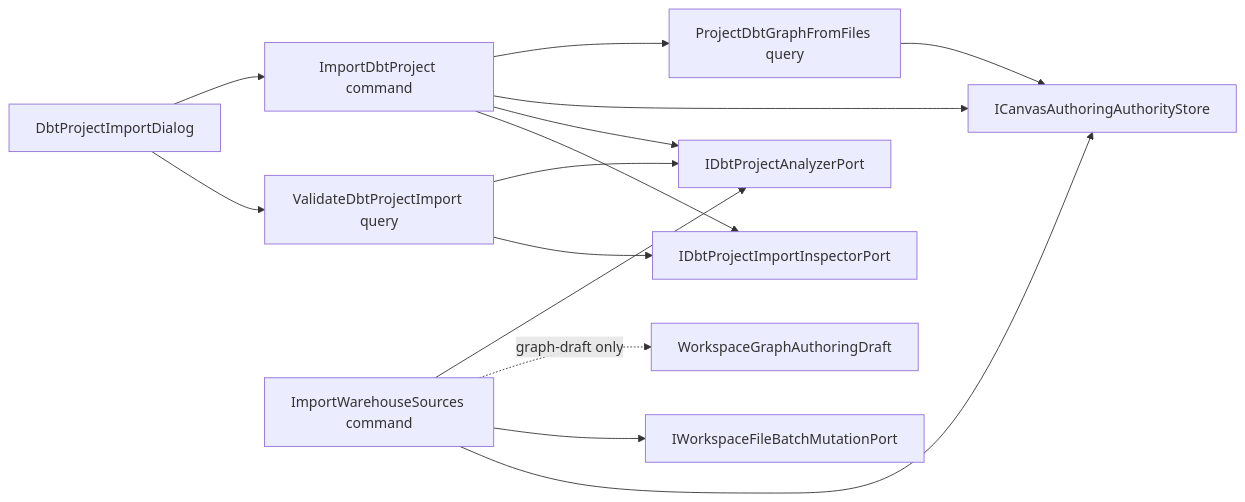
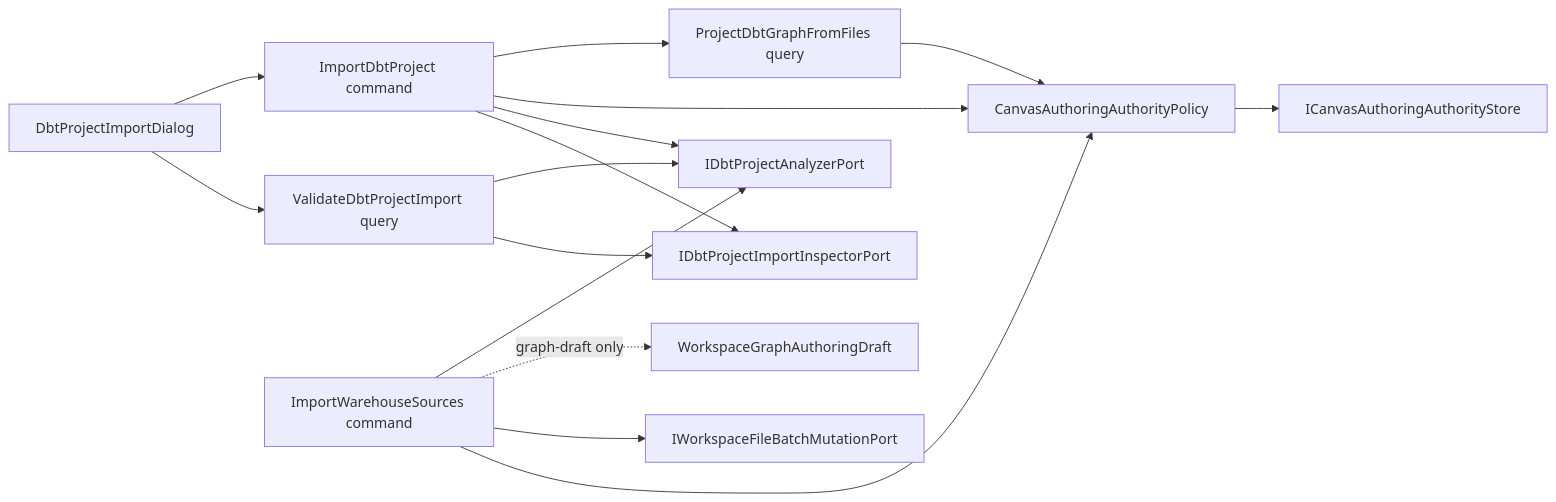
Before and after one commit to dunay2/dvt: the second of 4 diagrams in docs/architecture/components/web/graph/dbt-project-import-and-source-authority-component.md, drawn with Mermaid. The commit also changed other lines of this file and 12 other files, not shown here.

Commit message:
feat(api): Persist canvas authoring authority

````diff
--- a/docs/architecture/components/web/graph/dbt-project-import-and-source-authority-component.md
+++ b/docs/architecture/components/web/graph/dbt-project-import-and-source-authority-component.md
@@ -73,27 +75,29 @@
 ```mermaid
 flowchart LR
   Dialog[DbtProjectImportDialog]
   Validate[ValidateDbtProjectImport query]
   Import[ImportDbtProject command]
   Inspector[IDbtProjectImportInspectorPort]
   Analyzer[IDbtProjectAnalyzerPort]
-  Authority[ICanvasAuthoringAuthorityStore]
+  AuthorityPolicy[CanvasAuthoringAuthorityPolicy]
+  AuthorityStore[ICanvasAuthoringAuthorityStore]
   Graph[ProjectDbtGraphFromFiles query]
   Source[ImportWarehouseSources command]
   Batch[IWorkspaceFileBatchMutationPort]
   Draft[WorkspaceGraphAuthoringDraft]
 
   Dialog --> Validate
   Validate --> Inspector
   Validate --> Analyzer
   Dialog --> Import
   Import --> Inspector
   Import --> Analyzer
-  Import --> Authority
+  Import --> AuthorityPolicy
+  AuthorityPolicy --> AuthorityStore
   Import --> Graph
-  Graph --> Authority
-  Source --> Authority
+  Graph --> AuthorityPolicy
+  Source --> AuthorityPolicy
   Source --> Batch
   Source -. graph-draft only .-> Draft
   Source --> Analyzer
 ```
````
